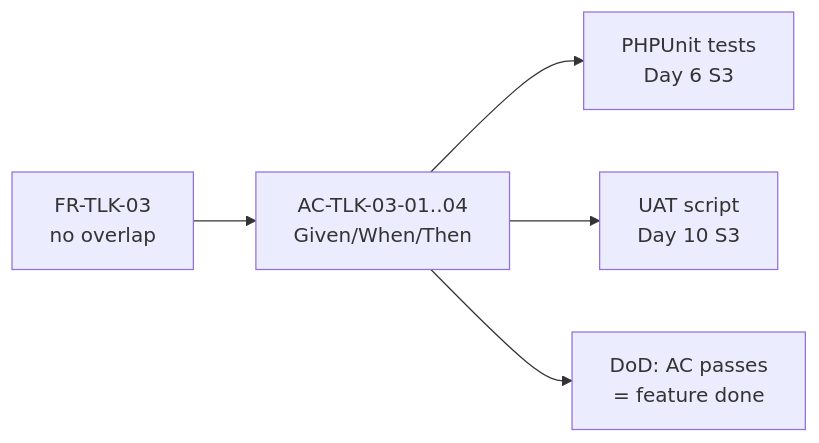
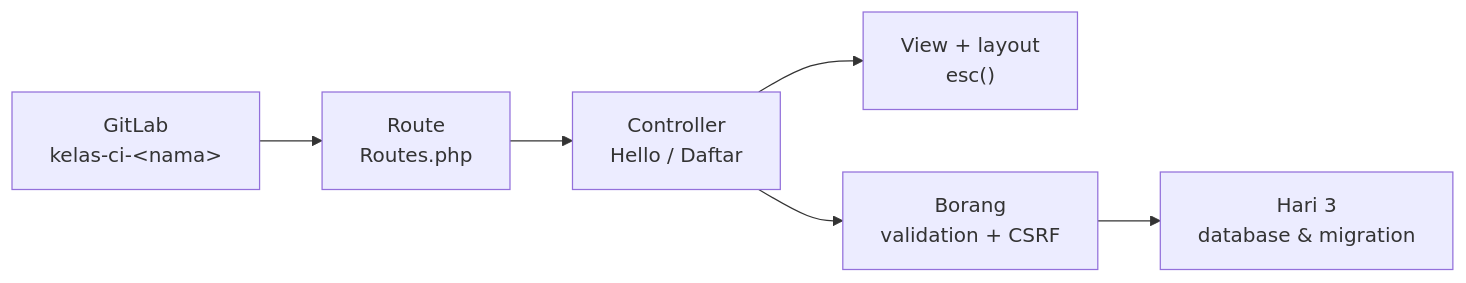
Before and after one commit to habibtalib/coach-codeigniter-10-hari-kkm-peserta: the first of 3 diagrams in hari-2/README.en.md, drawn with Mermaid. The commit also changed other lines of this file and 59 other files, not shown here.

Commit message:
Hari 2 hands-on: projek kelas-ci-<nama> di GitLab, route/layout, borang + CSRF; istilah teknikal English; rujukan keperluan

````diff
--- a/hari-2/README.en.md
+++ b/hari-2/README.en.md
@@ -47,7 +44,8 @@
 ```mermaid
 flowchart LR
-    FR["FR-TLK-03<br/>no overlap"] --> AC["AC-TLK-03-01..04<br/>Given/When/Then"]
-    AC --> T1["PHPUnit tests<br/>Day 6 S3"]
-    AC --> T2["UAT script<br/>Day 10 S3"]
-    AC --> DOD["DoD: AC passes<br/>= feature done"]
+    G["GitLab<br/>kelas-ci-&lt;nama&gt;"] --> R["Route<br/>Routes.php"]
+    R --> C["Controller<br/>Hello / Daftar"]
+    C --> V["View + layout<br/>esc()"]
+    C --> F["Borang<br/>validation + CSRF"]
+    F --> H3["Hari 3<br/>database & migration"]
 ```
````
